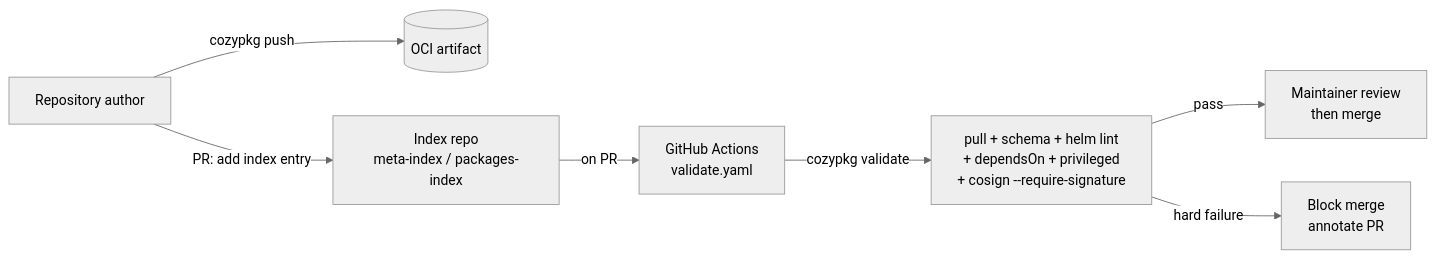
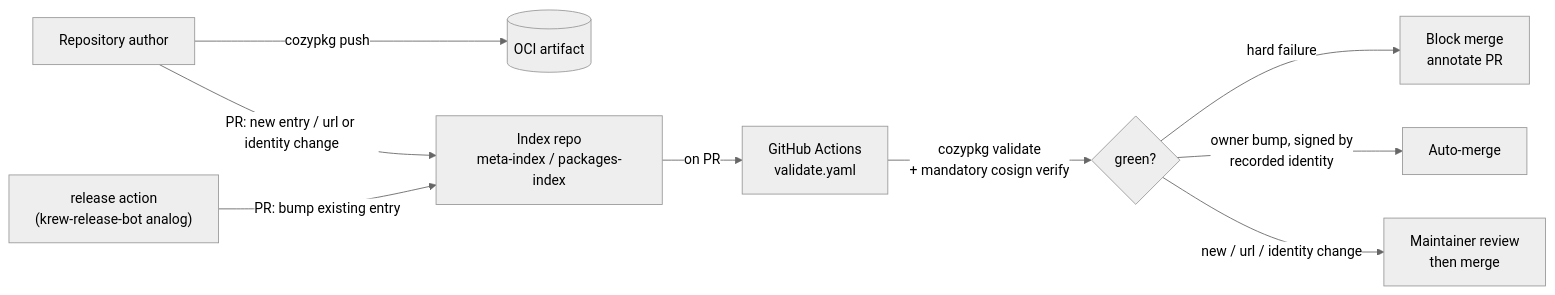
The second of 2 diagrams in design-proposals/cozymarketplace-supplementary/README.md (cozystack/community), drawn with Mermaid (neutral theme) before and after one commit. The commit also changed other lines of this file, not shown here.

First line of the commit message:
docs(design-proposals): address review on cozymarketplace supplementary

````diff
--- a/design-proposals/cozymarketplace-supplementary/README.md
+++ b/design-proposals/cozymarketplace-supplementary/README.md
@@ -121,9 +128,11 @@
 ```mermaid
 flowchart LR
     author["Repository author"] -->|"cozypkg push"| art[("OCI artifact")]
-    author -->|"PR: add index entry"| idx["Index repo<br/>meta-index / packages-index"]
+    bot["release action<br/>(krew-release-bot analog)"] -->|"PR: bump existing entry"| idx["Index repo<br/>meta-index / packages-index"]
+    author -->|"PR: new entry / url or identity change"| idx
     idx -->|on PR| ci["GitHub Actions<br/>validate.yaml"]
-    ci -->|"cozypkg validate"| checks["pull + schema + helm lint<br/>+ dependsOn + privileged<br/>+ cosign --require-signature"]
-    checks -->|pass| review["Maintainer review<br/>then merge"]
-    checks -->|hard failure| block["Block merge<br/>annotate PR"]
+    ci -->|"cozypkg validate<br/>+ mandatory cosign verify"| checks{"green?"}
+    checks -->|"hard failure"| block["Block merge<br/>annotate PR"]
+    checks -->|"owner bump, signed by<br/>recorded identity"| auto["Auto-merge"]
+    checks -->|"new / url / identity change"| review["Maintainer review<br/>then merge"]
 ```
````
